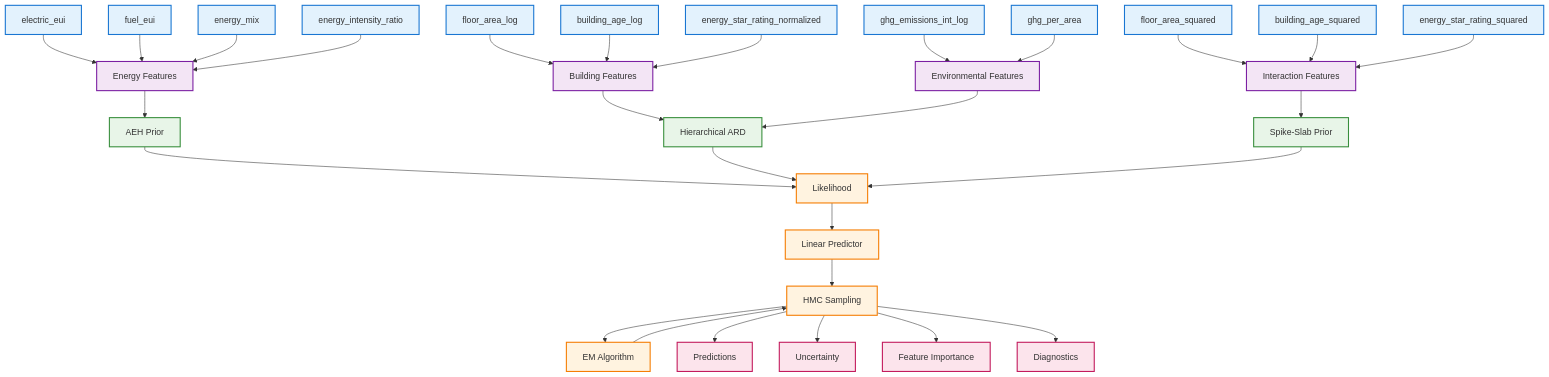
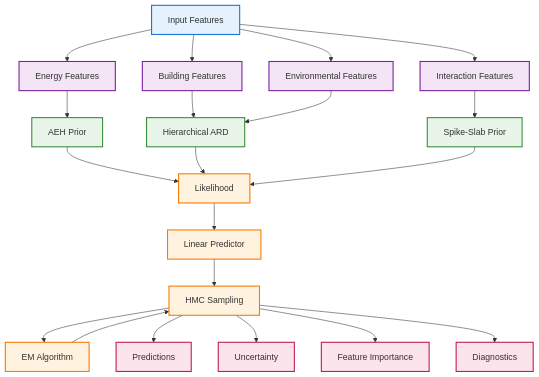
One commit to georgepaul171/Research-Project changed the diagram in bpd/V3_clean/MODEL_ARCHITECTURE_DIAGRAM.md. Above: the diagram before and after it, drawn with Mermaid.

Commit message:
data pipeline diagram

````diff
--- a/bpd/V3_clean/MODEL_ARCHITECTURE_DIAGRAM.md
+++ b/bpd/V3_clean/MODEL_ARCHITECTURE_DIAGRAM.md
@@ -8,18 +8,7 @@
 ```mermaid
 graph TD
     %% Input Features
-    X1[floor_area_log]
-    X2[electric_eui]
-    X3[fuel_eui]
-    X4[energy_star_rating_normalized]
-    X5[building_age_log]
-    X6[ghg_emissions_int_log]
-    X7[energy_mix]
-    X8[energy_intensity_ratio]
-    X9[floor_area_squared]
-    X10[building_age_squared]
-    X11[energy_star_rating_squared]
-    X12[ghg_per_area]
+    X[Input Features]
     
     %% Feature Groups
     G1[Energy Features]
@@ -44,30 +33,17 @@
     O3[Feature Importance]
     O4[Diagnostics]
     
-    %% Connections from Input to Groups
-    X2 --> G1
-    X3 --> G1
-    X7 --> G1
-    X8 --> G1
+    %% Connections
+    X --> G1
+    X --> G2
+    X --> G3
+    X --> G4
     
-    X1 --> G2
-    X5 --> G2
-    X4 --> G2
-    
-    X6 --> G3
-    X12 --> G3
-    
-    X9 --> G4
-    X10 --> G4
-    X11 --> G4
-    
-    %% Connections from Groups to Priors
     G1 --> P1
     G2 --> P2
     G3 --> P2
     G4 --> P3
     
-    %% Connections from Priors to Model
     P1 --> M1
     P2 --> M1
     P3 --> M1
@@ -77,7 +53,6 @@
     M3 --> M4
     M4 --> M3
     
-    %% Connections from Model to Output
     M3 --> O1
     M3 --> O2
     M3 --> O3
@@ -90,7 +65,7 @@
     classDef model fill:#fff3e0,stroke:#f57c00,stroke-width:2px
     classDef output fill:#fce4ec,stroke:#c2185b,stroke-width:2px
     
-    class X1,X2,X3,X4,X5,X6,X7,X8,X9,X10,X11,X12 input
+    class X input
     class G1,G2,G3,G4 group
     class P1,P2,P3 prior
     class M1,M2,M3,M4 model
````
